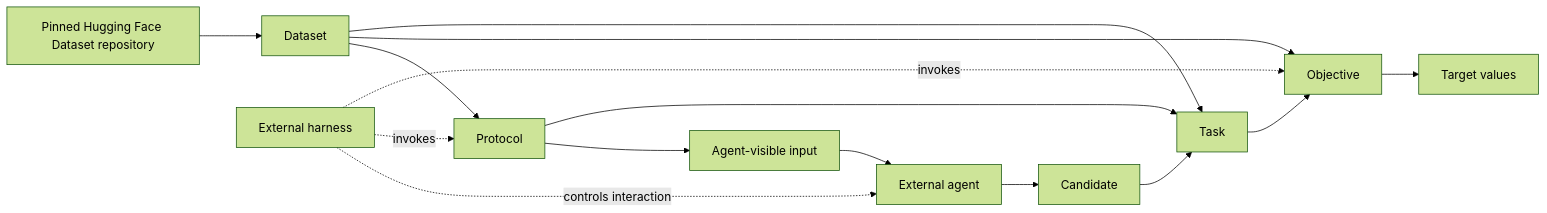
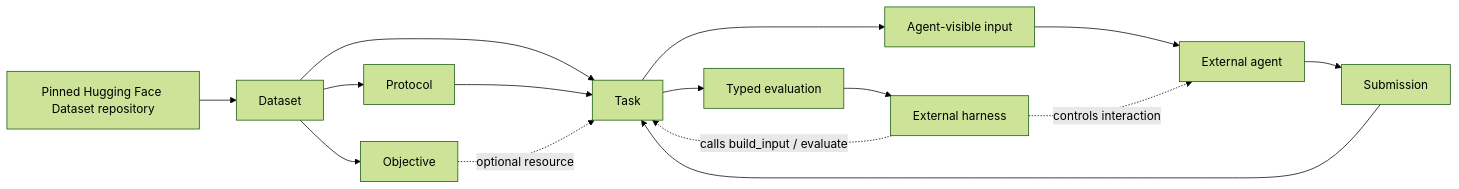
One commit to xukp20/sci-modeling-bench changed the diagram in docs/architecture/core-concepts.md. Above: the diagram before and after it, drawn with Mermaid (forest theme). The commit also changed other lines of this file and 5 other files, not shown here.

Commit message:
docs(task): clarify architecture and usage

````diff
--- a/docs/architecture/core-concepts.md
+++ b/docs/architecture/core-concepts.md
@@ -14,17 +14,17 @@
 ```mermaid
 flowchart LR
     Repository["Pinned Hugging Face Dataset repository"] --> Dataset
     Dataset --> Protocol
-    Protocol --> Visible["Agent-visible input"]
-    Visible --> Agent["External agent"]
-    Agent --> Candidate["Candidate"]
-    Candidate --> Task
-    Task --> Objective
     Dataset --> Objective
     Dataset --> Task
     Protocol --> Task
-    Objective --> Targets["Target values"]
-    Harness["External harness"] -. controls interaction .-> Agent
-    Harness -. invokes .-> Protocol
-    Harness -. invokes .-> Objective
+    Objective -. "optional resource" .-> Task
+    Harness["External harness"] -. "calls build_input / evaluate" .-> Task
+    Task --> Visible["Agent-visible input"]
+    Visible --> Agent["External agent"]
+    Agent --> Submission
+    Submission --> Task
+    Task --> Evaluation["Typed evaluation"]
+    Evaluation --> Harness
+    Harness -. "controls interaction" .-> Agent
 ```
````
